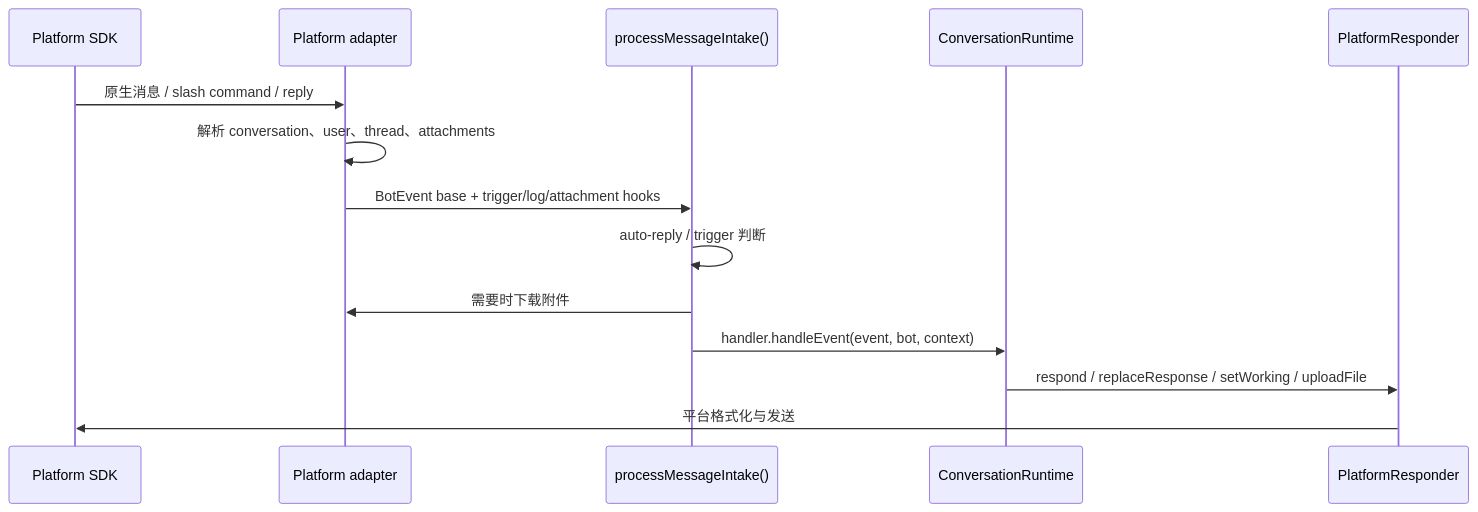
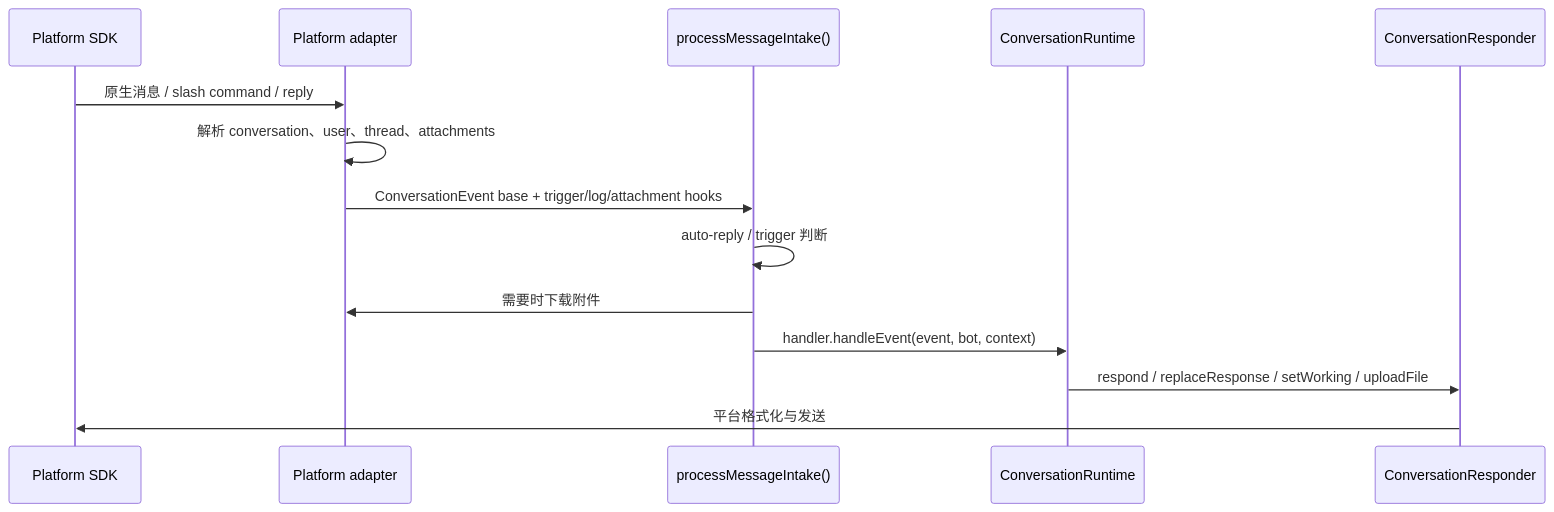
One commit to geminixiang/mikan changed the diagram in src/content/docs/zh-cn/platform-adapters.mdx. Above: the diagram before and after it, drawn with Mermaid. The commit also changed other lines of this file and 78 other files, not shown here.

````diff
--- a/src/content/docs/zh-cn/platform-adapters.mdx
+++ b/src/content/docs/zh-cn/platform-adapters.mdx
@@ -40,17 +40,17 @@
 ```mermaid
 sequenceDiagram
   participant P as Platform SDK
   participant A as Platform adapter
   participant I as processMessageIntake()
   participant R as ConversationRuntime
-  participant C as PlatformResponder
+  participant C as ConversationResponder
 
   P->>A: 原生消息 / slash command / reply
   A->>A: 解析 conversation、user、thread、attachments
-  A->>I: BotEvent base + trigger/log/attachment hooks
+  A->>I: ConversationEvent base + trigger/log/attachment hooks
   I->>I: auto-reply / trigger 判断
   I->>A: 需要时下载附件
   I->>R: handler.handleEvent(event, bot, context)
   R->>C: respond / replaceResponse / setWorking / uploadFile
   C->>P: 平台格式化与发送
 ```
````
